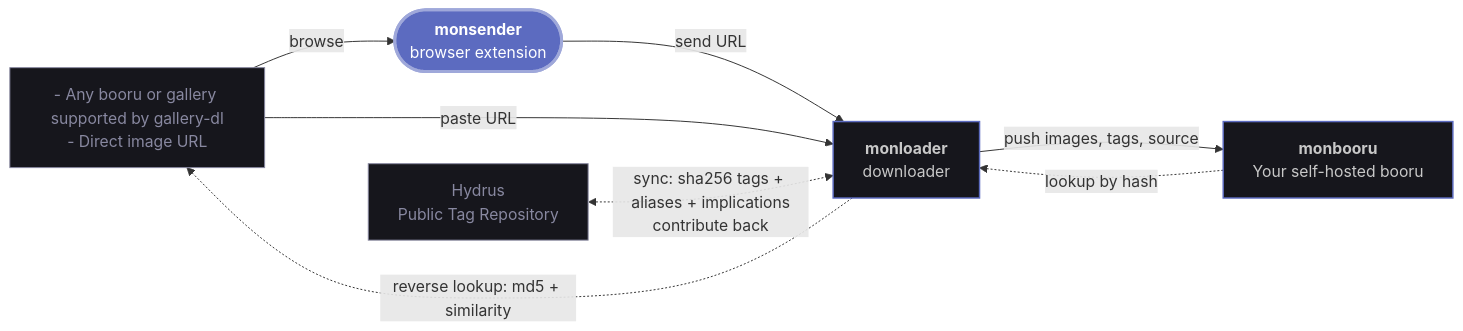
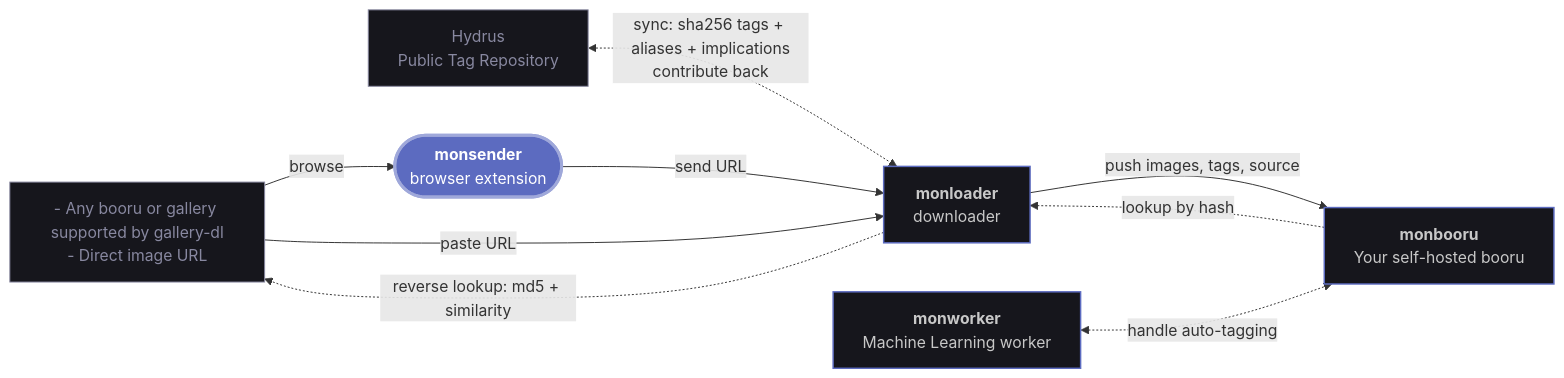
Before and after one commit to monbooru/monsender: the diagram in README.md, drawn with Mermaid. The commit also changed other lines of this file and 19 other files, not shown here.

````diff
--- a/README.md
+++ b/README.md
@@ -19,37 +19,40 @@
 ```mermaid
 ---
 config:
   layout: dagre
   flowchart:
     wrappingWidth: 200
 ---
 flowchart LR
     web["`- Any booru or gallery supported by gallery-dl
 - Direct image URL`"]
     ptr["`Hydrus
 Public Tag Repository`"]
     sender(["`**monsender**
 browser extension`"])
     loader["`**monloader**
 downloader`"]
     booru["`**monbooru**
 Your self-hosted booru`"]
+    worker["`**monworker**
+Machine Learning worker`"]
 
     web -->|browse| sender
     sender -->|send URL| loader
     web -->|paste URL| loader
     loader -->|push images, tags, source| booru
 
     booru -.->|lookup by hash| loader
     loader -.->|reverse lookup: md5 + similarity| web
     ptr <-.->|"`sync: sha256 tags + aliases + implications
 contribute back`"| loader
+    worker <-.->|handle auto-tagging| booru
 
     classDef hub  fill:#5c6bc0,stroke:#9fa8da,stroke-width:3px,color:#ffffff;
     classDef tool fill:#16161c,stroke:#5c6bc0,stroke-width:1.5px,color:#c8c8c8;
     classDef src  fill:#16161c,stroke:#8888a0,stroke-width:1px,color:#8888a0;
 
     class sender hub;
-    class loader,booru tool;
+    class loader,booru,worker tool;
     class web,ptr src;
 ```
````
